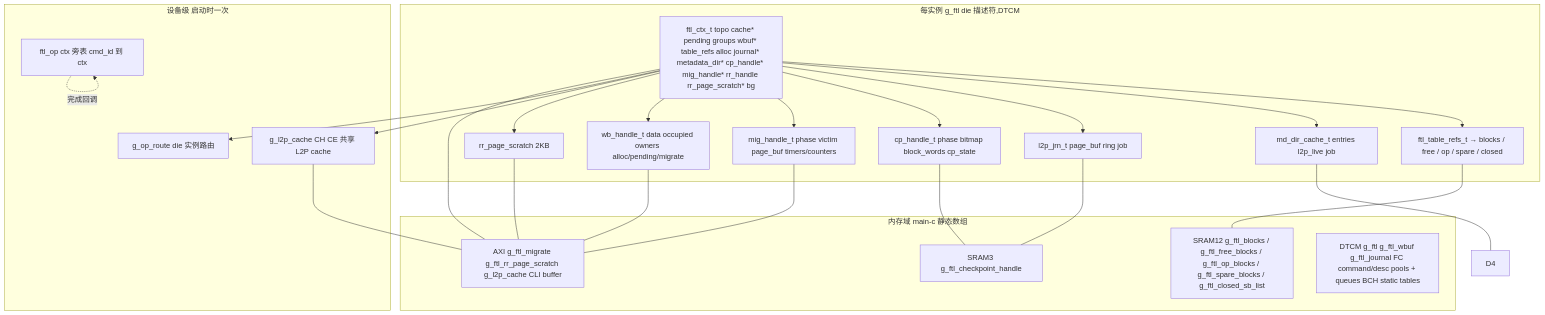
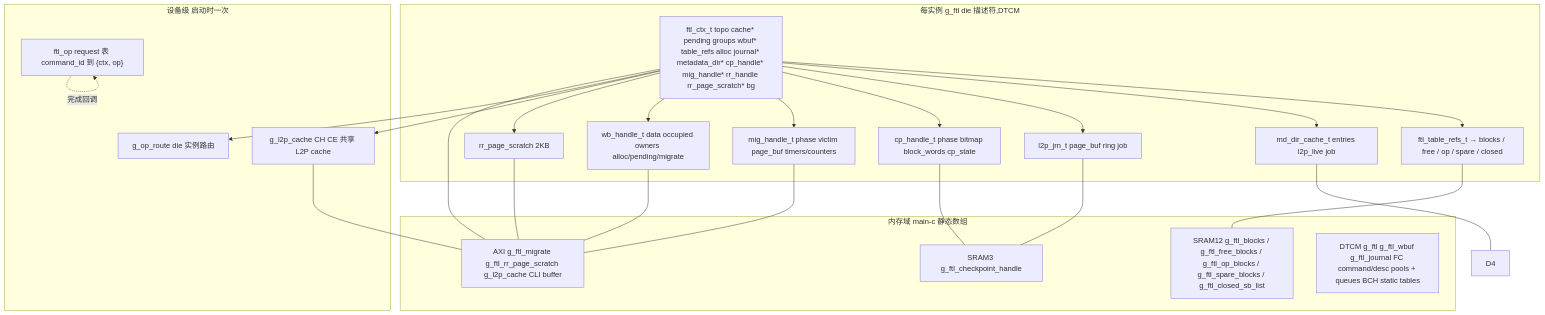
Before and after one commit to YzYMIAO/BASESSD: diagram 36 of 36 in docs/design/ftl_design.md, drawn with Mermaid. The commit also changed other lines of this file and 25 other files, not shown here.

First line of the commit message:
refactor(ftl): 完成派发按 command_id 直接索引，op 移入 request 表

````diff
--- a/docs/design/ftl_design.md
+++ b/docs/design/ftl_design.md
@@ -4699,46 +4843,46 @@
 ```mermaid
 flowchart TB
     subgraph "设备级 启动时一次"
         ROUTE["g_op_route die 实例路由"]
-        CT["ftl_op ctx 旁表 cmd_id 到 ctx"]
+        CT["ftl_op request 表 command_id 到 {ctx, op}"]
         LC["g_l2p_cache CH CE 共享 L2P cache"]
     end
 
     subgraph "每实例 g_ftl die 描述符,DTCM"
         CTX["ftl_ctx_t topo cache* pending groups wbuf* table_refs alloc journal* metadata_dir* cp_handle* mig_handle* rr_handle rr_page_scratch* bg"]
         TAB["ftl_table_refs_t → blocks / free / op / spare / closed"]
         MD["md_dir_cache_t entries l2p_live job"]
         JRN["l2p_jrn_t page_buf ring job"]
         CPJ["cp_handle_t phase bitmap block_words cp_state"]
         MIG["mig_handle_t phase victim page_buf timers/counters"]
         WB["wb_handle_t data occupied owners alloc/pending/migrate"]
         RRS["rr_page_scratch 2KB"]
     end
 
     subgraph "内存域 main-c 静态数组"
         D12["SRAM12 g_ftl_blocks / g_ftl_free_blocks / g_ftl_op_blocks / g_ftl_spare_blocks / g_ftl_closed_sb_list"]
         D3["SRAM3 g_ftl_checkpoint_handle"]
         AX["AXI g_ftl_migrate g_ftl_rr_page_scratch g_l2p_cache CLI buffer"]
         DT["DTCM g_ftl g_ftl_wbuf g_ftl_journal FC command/desc pools + queues BCH static tables"]
     end
 
     CTX --> TAB
     CTX --> MD
     CTX --> JRN
     CTX --> CPJ
     CTX --> MIG
     CTX --> WB
     CTX --> RRS
     CTX --> LC
     CTX --> ROUTE
     CT -.->|完成回调| CT
     TAB --- D12
     CPJ --- D3
     JRN --- D3
     MD --- D4
     MIG --- AX
     WB --- AX
     RRS --- AX
     CTX --- AX
     LC --- AX
 ```
````
